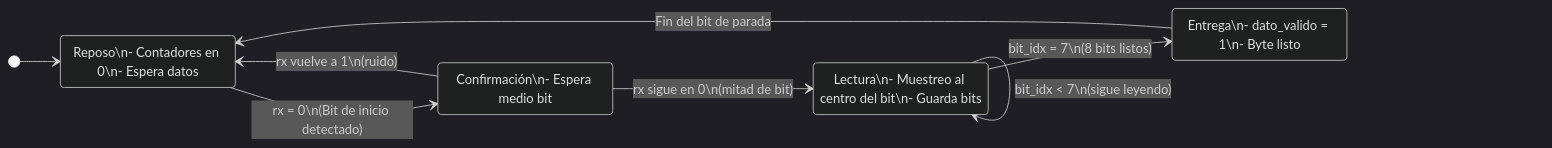
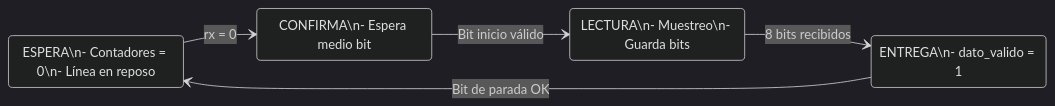
Before and after one commit to marcos0811/Enlace-ptico-Visible-Li-Fi-con-Basys-3: the second of 2 diagrams in README.md, drawn with Mermaid (dark theme).

````diff
--- a/README.md
+++ b/README.md
@@ -65,22 +65,17 @@
 ```mermaid
 
 stateDiagram-v2
     direction LR
 
-    [*] --> IDLE
+    IDLE --> START : rx = 0
+    START --> DATOS : Bit inicio válido
+    DATOS --> STOP : 8 bits recibidos
+    STOP --> IDLE : Bit de parada OK
 
-    IDLE --> START : rx = 0\n(Bit de inicio detectado)
-    IDLE : Reposo\n- Contadores en 0\n- Espera datos
+    IDLE : ESPERA\n- Contadores = 0\n- Línea en reposo
+    START : CONFIRMA\n- Espera medio bit
+    DATOS : LECTURA\n- Muestreo\n- Guarda bits
+    STOP : ENTREGA\n- dato_valido = 1
 
-    START --> DATOS : rx sigue en 0\n(mitad de bit)
-    START --> IDLE : rx vuelve a 1\n(ruido)
-    START : Confirmación\n- Espera medio bit
-
-    DATOS --> DATOS : bit_idx < 7\n(sigue leyendo)
-    DATOS --> STOP : bit_idx = 7\n(8 bits listos)
-    DATOS : Lectura\n- Muestreo al centro del bit\n- Guarda bits
-
-    STOP --> IDLE : Fin del bit de parada
-    STOP : Entrega\n- dato_valido = 1\n- Byte listo
 
 ```
````
